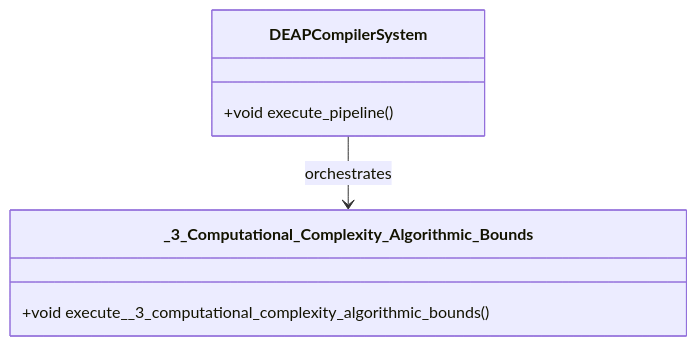
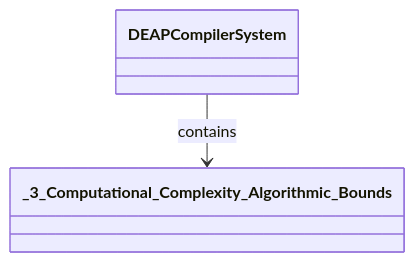
One commit to gintatkinson/dumpiler-01 changed the diagram in docs/features/FEAT-09-_3_Computational_Complexity_Algorithmic_Bounds.md. Above: the diagram before and after it, drawn with Mermaid. The commit also changed other lines of this file and 101 other files, not shown here.

````diff
--- a/docs/features/FEAT-09-_3_Computational_Complexity_Algorithmic_Bounds.md
+++ b/docs/features/FEAT-09-_3_Computational_Complexity_Algorithmic_Bounds.md
@@ -25,10 +29,6 @@
 ```mermaid
 classDiagram
-    class DEAPCompilerSystem {
-        +void execute_pipeline()
-    }
-    class _3_Computational_Complexity_Algorithmic_Bounds {
-        +void execute__3_computational_complexity_algorithmic_bounds()
-    }
-    DEAPCompilerSystem --> _3_Computational_Complexity_Algorithmic_Bounds : orchestrates
+    class DEAPCompilerSystem
+    class _3_Computational_Complexity_Algorithmic_Bounds
+    DEAPCompilerSystem --> _3_Computational_Complexity_Algorithmic_Bounds : contains
 ```
````
